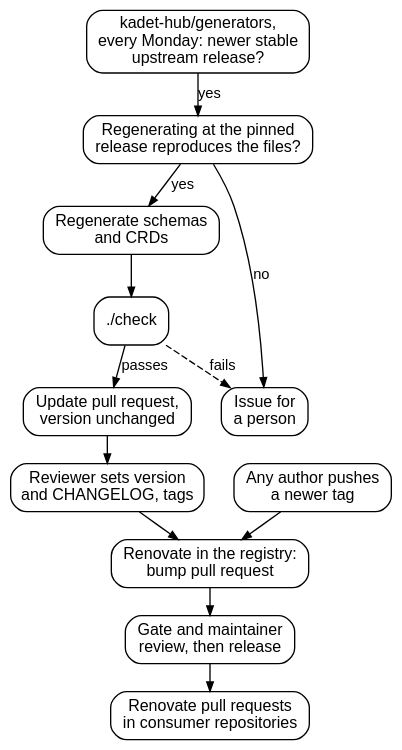
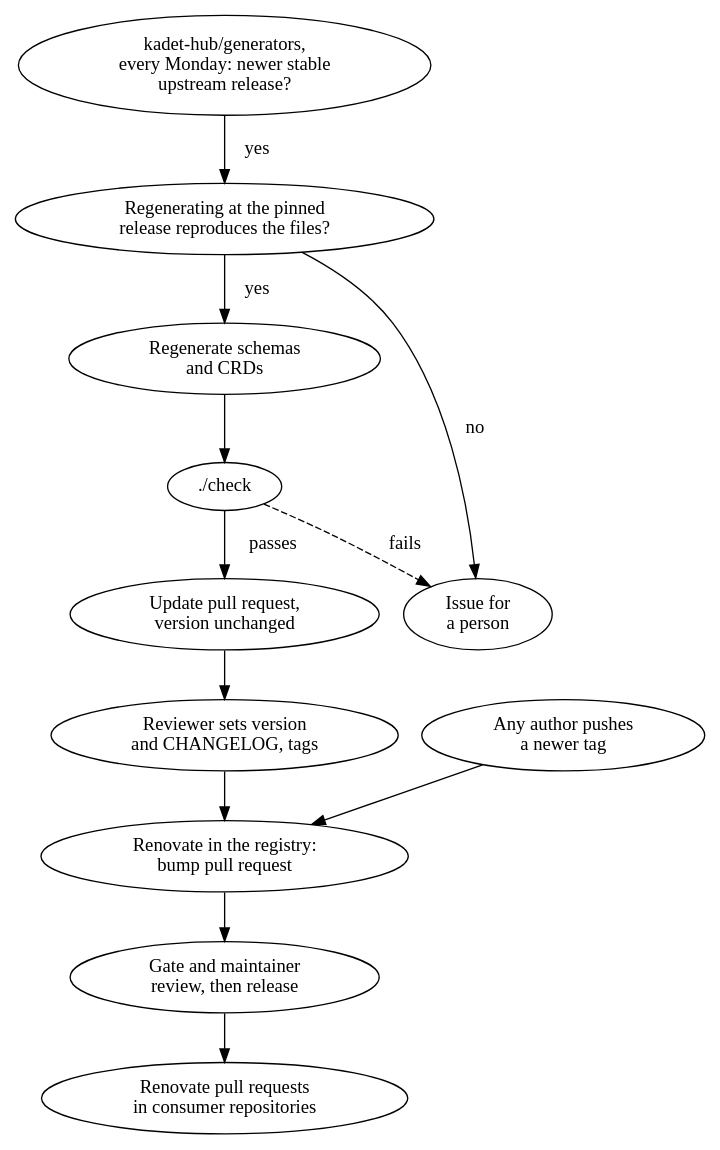
The diagram in catalog/site/assets/diagrams/upstream.dot (kadet-hub/registry), drawn with Graphviz before and after one commit. The commit also changed 39 other files, not shown here.

First line of the commit message:
feat(catalog): Harbour head bands, spot drawings and diagrams on the inner pages

```diff
--- a/catalog/site/assets/diagrams/upstream.dot
+++ b/catalog/site/assets/diagrams/upstream.dot
@@ -1,31 +1,27 @@
-// CAT-35: keeping generators current. Rendered with Graphviz 14.1.4; ./render regenerates upstream.svg.
+// CAT-35: keeping generators current. Rendered with Graphviz 16.1.1; ./render sets the look the six diagrams share and regenerates upstream.svg.
 digraph upstream {
-  bgcolor=transparent; nodesep=0.3; ranksep=0.28;
-  fontname="Helvetica,Arial,sans-serif"; fontsize=12; labeljust=l;
-  node [shape=box style=rounded fontname="Helvetica,Arial,sans-serif" fontsize=12 margin="0.12,0.05"];
-  edge [fontname="Helvetica,Arial,sans-serif" fontsize=11 arrowsize=0.7];
-
+  node [group="flow"];
   newer [label="kadet-hub/generators,\nevery Monday: newer stable\nupstream release?"];
   reproduce [label="Regenerating at the pinned\nrelease reproduces the files?"];
   regenerate [label="Regenerate schemas\nand CRDs"];
   check [label="./check"];
   update [label="Update pull request,\nversion unchanged"];
-  issue [label="Issue for\na person"];
+  issue [label="Issue for\na person" group=""];
   reviewer [label="Reviewer sets version\nand CHANGELOG, tags"];
-  newer -> reproduce [label="yes"];
-  reproduce -> regenerate [label="yes"];
-  reproduce -> issue [label="no"];
+  newer -> reproduce [label="   yes   "];
+  reproduce -> regenerate [label="   yes   "];
+  reproduce -> issue [label="   no   "];
   regenerate -> check;
-  check -> update [label="passes"];
-  check -> issue [label="fails" class="fail" style=dashed];
+  check -> update [label="   passes   "];
+  check -> issue [label="   fails   " class="fail" style=dashed];
   update -> reviewer;
 
-  author [label="Any author pushes\na newer tag"];
+  author [label="Any author pushes\na newer tag" group=""];
   renovate [label="Renovate in the registry:\nbump pull request"];
   gate [label="Gate and maintainer\nreview, then release"];
   consumers [label="Renovate pull requests\nin consumer repositories"];
   {rank=same; reviewer; author}
   reviewer -> renovate;
   author -> renovate;
   renovate -> gate -> consumers;
 }
```
